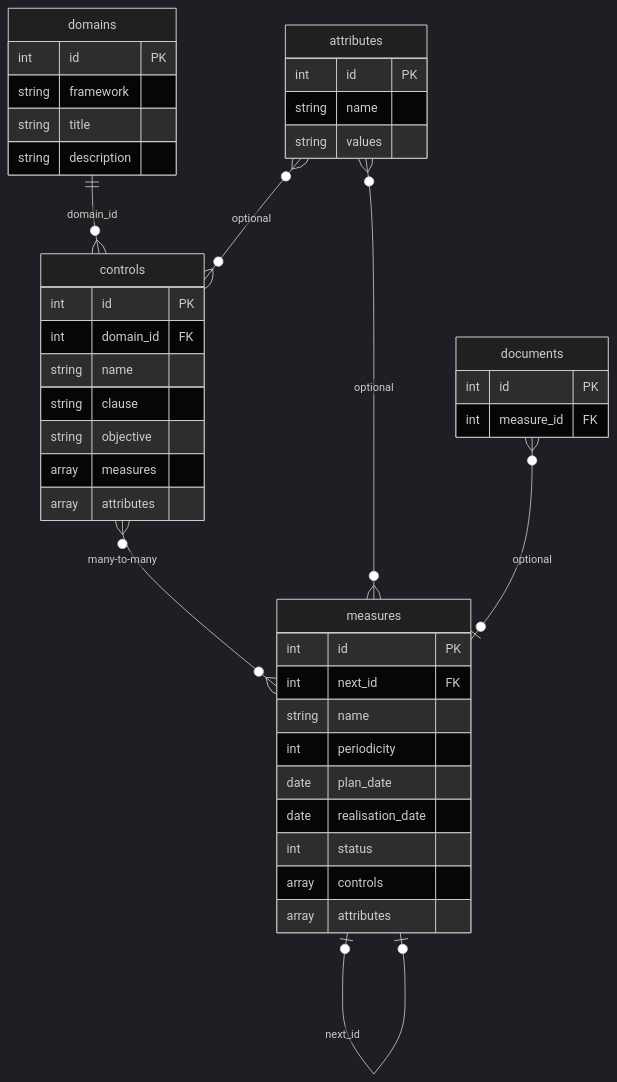
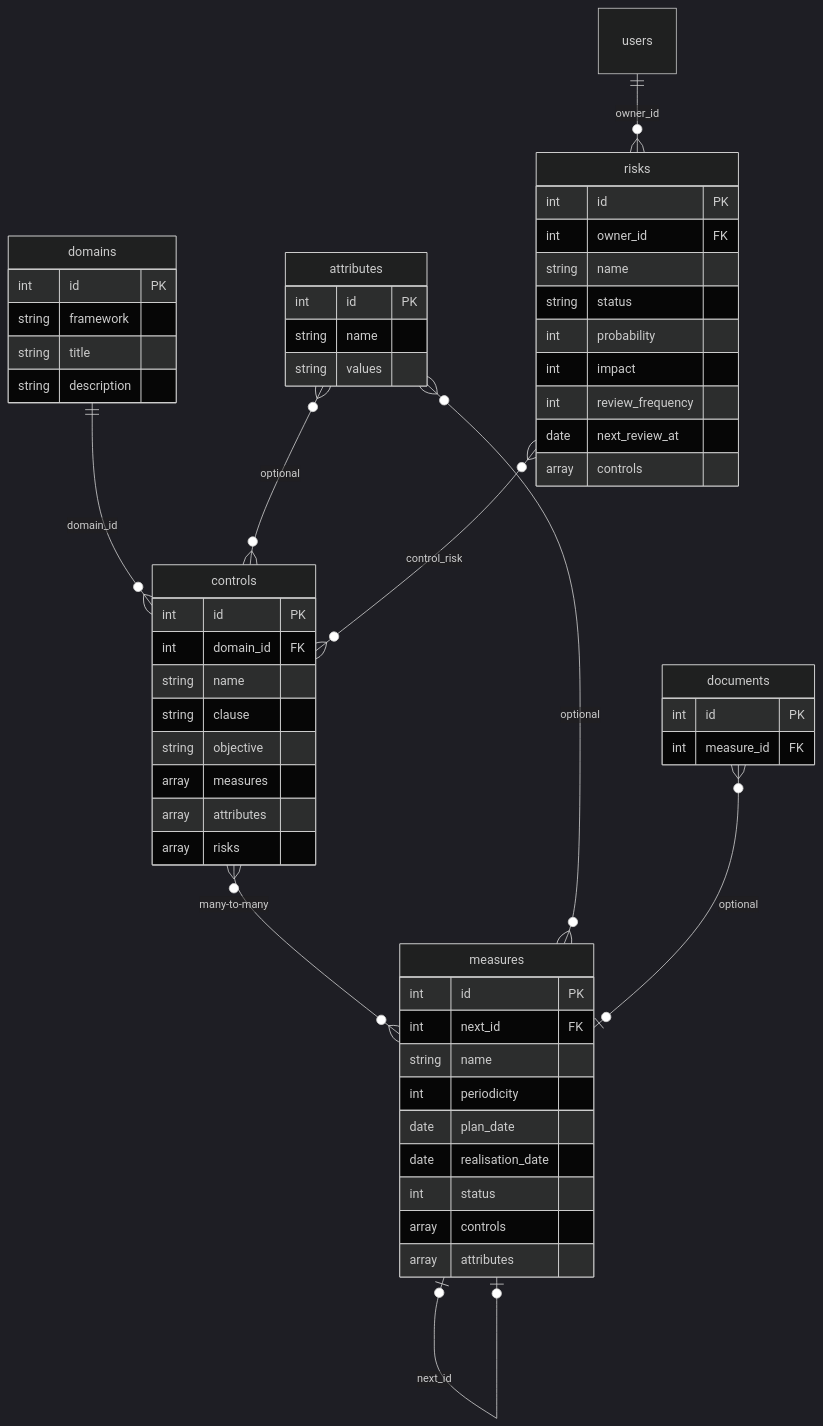
One commit to gorth-git/deming changed the second of 2 diagrams in docs/model.md. Above: the diagram before and after it, drawn with Mermaid (dark theme). The commit also changed other lines of this file and 13 other files, not shown here.

Commit message:
fix risk-control table

````diff
--- a/docs/model.md
+++ b/docs/model.md
@@ -31,45 +36,59 @@
 ```mermaid
 erDiagram
     domains ||--o{ controls : "domain_id"
     controls }o--o{ measures : "many-to-many"
     attributes }o--o{ controls : "optional"
     attributes }o--o{ measures : "optional"
     measures o|--o| measures : "next_id"
     documents }o--o| measures : "optional"
+    risks }o--o{ controls : "control_risk"
+    users ||--o{ risks : "owner_id"
 
     domains {
         int id PK
         string framework
         string title
         string description
     }
     attributes {
         int id PK
         string name
         string values
     }
     controls {
         int id PK
         int domain_id FK
         string name
         string clause
         string objective
         array measures
         array attributes
+        array risks
     }
     measures {
         int id PK
         int next_id FK
         string name
         int periodicity
         date plan_date
         date realisation_date
         int status
         array controls
         array attributes
     }
     documents {
         int id PK
         int measure_id FK
     }
+    risks {
+        int id PK
+        int owner_id FK
+        string name
+        string status
+        int probability
+        int impact
+        int review_frequency
+        date next_review_at
+        array controls
+    }
 ```
````
